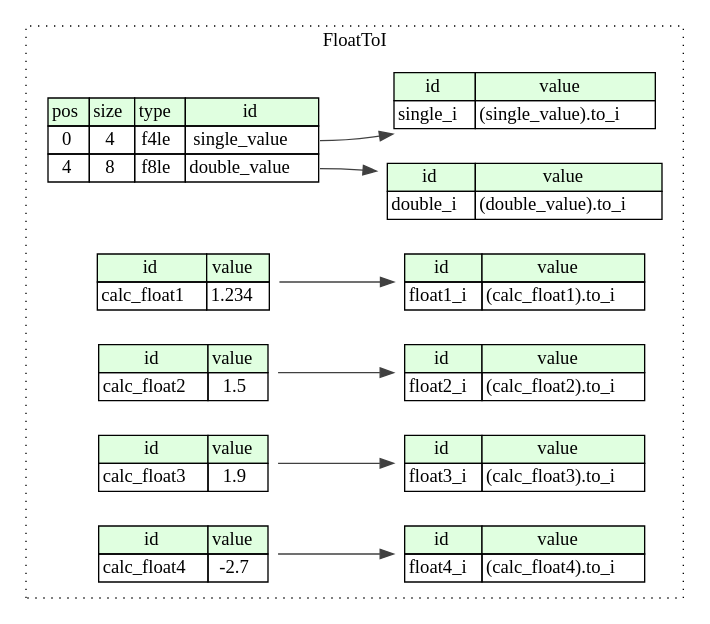
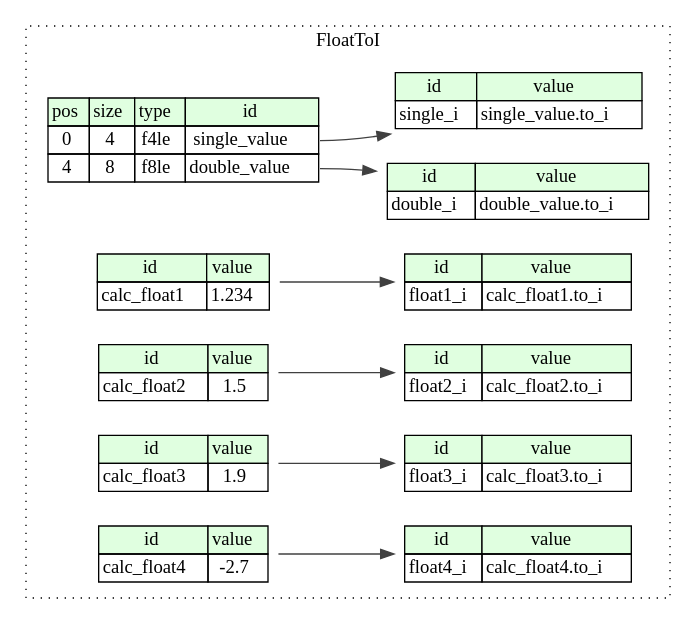
Before and after one commit to kaitai-io/ci_targets: the diagram in compiled/graphviz/float_to_i.dot, drawn with Graphviz. The commit also changed 530 other files, not shown here.

```diff
--- a/compiled/graphviz/float_to_i.dot
+++ b/compiled/graphviz/float_to_i.dot
@@ -1,60 +1,60 @@
 digraph {
 	rankdir=LR;
 	node [shape=plaintext];
 	subgraph cluster__float_to_i {
 		label="FloatToI";
 		graph[style=dotted];
 
 		float_to_i__seq [label=<<TABLE BORDER="0" CELLBORDER="1" CELLSPACING="0">
 			<TR><TD BGCOLOR="#E0FFE0">pos</TD><TD BGCOLOR="#E0FFE0">size</TD><TD BGCOLOR="#E0FFE0">type</TD><TD BGCOLOR="#E0FFE0">id</TD></TR>
 			<TR><TD PORT="single_value_pos">0</TD><TD PORT="single_value_size">4</TD><TD>f4le</TD><TD PORT="single_value_type">single_value</TD></TR>
 			<TR><TD PORT="double_value_pos">4</TD><TD PORT="double_value_size">8</TD><TD>f8le</TD><TD PORT="double_value_type">double_value</TD></TR>
 		</TABLE>>];
 		float_to_i__inst__calc_float1 [label=<<TABLE BORDER="0" CELLBORDER="1" CELLSPACING="0">
 			<TR><TD BGCOLOR="#E0FFE0">id</TD><TD BGCOLOR="#E0FFE0">value</TD></TR>
 			<TR><TD>calc_float1</TD><TD>1.234</TD></TR>
 		</TABLE>>];
 		float_to_i__inst__calc_float2 [label=<<TABLE BORDER="0" CELLBORDER="1" CELLSPACING="0">
 			<TR><TD BGCOLOR="#E0FFE0">id</TD><TD BGCOLOR="#E0FFE0">value</TD></TR>
 			<TR><TD>calc_float2</TD><TD>1.5</TD></TR>
 		</TABLE>>];
 		float_to_i__inst__calc_float3 [label=<<TABLE BORDER="0" CELLBORDER="1" CELLSPACING="0">
 			<TR><TD BGCOLOR="#E0FFE0">id</TD><TD BGCOLOR="#E0FFE0">value</TD></TR>
 			<TR><TD>calc_float3</TD><TD>1.9</TD></TR>
 		</TABLE>>];
 		float_to_i__inst__calc_float4 [label=<<TABLE BORDER="0" CELLBORDER="1" CELLSPACING="0">
 			<TR><TD BGCOLOR="#E0FFE0">id</TD><TD BGCOLOR="#E0FFE0">value</TD></TR>
 			<TR><TD>calc_float4</TD><TD>-2.7</TD></TR>
 		</TABLE>>];
 		float_to_i__inst__double_i [label=<<TABLE BORDER="0" CELLBORDER="1" CELLSPACING="0">
 			<TR><TD BGCOLOR="#E0FFE0">id</TD><TD BGCOLOR="#E0FFE0">value</TD></TR>
-			<TR><TD>double_i</TD><TD>(double_value).to_i</TD></TR>
+			<TR><TD>double_i</TD><TD>double_value.to_i</TD></TR>
 		</TABLE>>];
 		float_to_i__inst__float1_i [label=<<TABLE BORDER="0" CELLBORDER="1" CELLSPACING="0">
 			<TR><TD BGCOLOR="#E0FFE0">id</TD><TD BGCOLOR="#E0FFE0">value</TD></TR>
-			<TR><TD>float1_i</TD><TD>(calc_float1).to_i</TD></TR>
+			<TR><TD>float1_i</TD><TD>calc_float1.to_i</TD></TR>
 		</TABLE>>];
 		float_to_i__inst__float2_i [label=<<TABLE BORDER="0" CELLBORDER="1" CELLSPACING="0">
 			<TR><TD BGCOLOR="#E0FFE0">id</TD><TD BGCOLOR="#E0FFE0">value</TD></TR>
-			<TR><TD>float2_i</TD><TD>(calc_float2).to_i</TD></TR>
+			<TR><TD>float2_i</TD><TD>calc_float2.to_i</TD></TR>
 		</TABLE>>];
 		float_to_i__inst__float3_i [label=<<TABLE BORDER="0" CELLBORDER="1" CELLSPACING="0">
 			<TR><TD BGCOLOR="#E0FFE0">id</TD><TD BGCOLOR="#E0FFE0">value</TD></TR>
-			<TR><TD>float3_i</TD><TD>(calc_float3).to_i</TD></TR>
+			<TR><TD>float3_i</TD><TD>calc_float3.to_i</TD></TR>
 		</TABLE>>];
 		float_to_i__inst__float4_i [label=<<TABLE BORDER="0" CELLBORDER="1" CELLSPACING="0">
 			<TR><TD BGCOLOR="#E0FFE0">id</TD><TD BGCOLOR="#E0FFE0">value</TD></TR>
-			<TR><TD>float4_i</TD><TD>(calc_float4).to_i</TD></TR>
+			<TR><TD>float4_i</TD><TD>calc_float4.to_i</TD></TR>
 		</TABLE>>];
 		float_to_i__inst__single_i [label=<<TABLE BORDER="0" CELLBORDER="1" CELLSPACING="0">
 			<TR><TD BGCOLOR="#E0FFE0">id</TD><TD BGCOLOR="#E0FFE0">value</TD></TR>
-			<TR><TD>single_i</TD><TD>(single_value).to_i</TD></TR>
+			<TR><TD>single_i</TD><TD>single_value.to_i</TD></TR>
 		</TABLE>>];
 	}
 	float_to_i__seq:double_value_type -> float_to_i__inst__double_i [color="#404040"];
 	float_to_i__inst__calc_float1:calc_float1_type -> float_to_i__inst__float1_i [color="#404040"];
 	float_to_i__inst__calc_float2:calc_float2_type -> float_to_i__inst__float2_i [color="#404040"];
 	float_to_i__inst__calc_float3:calc_float3_type -> float_to_i__inst__float3_i [color="#404040"];
 	float_to_i__inst__calc_float4:calc_float4_type -> float_to_i__inst__float4_i [color="#404040"];
 	float_to_i__seq:single_value_type -> float_to_i__inst__single_i [color="#404040"];
 }
```
